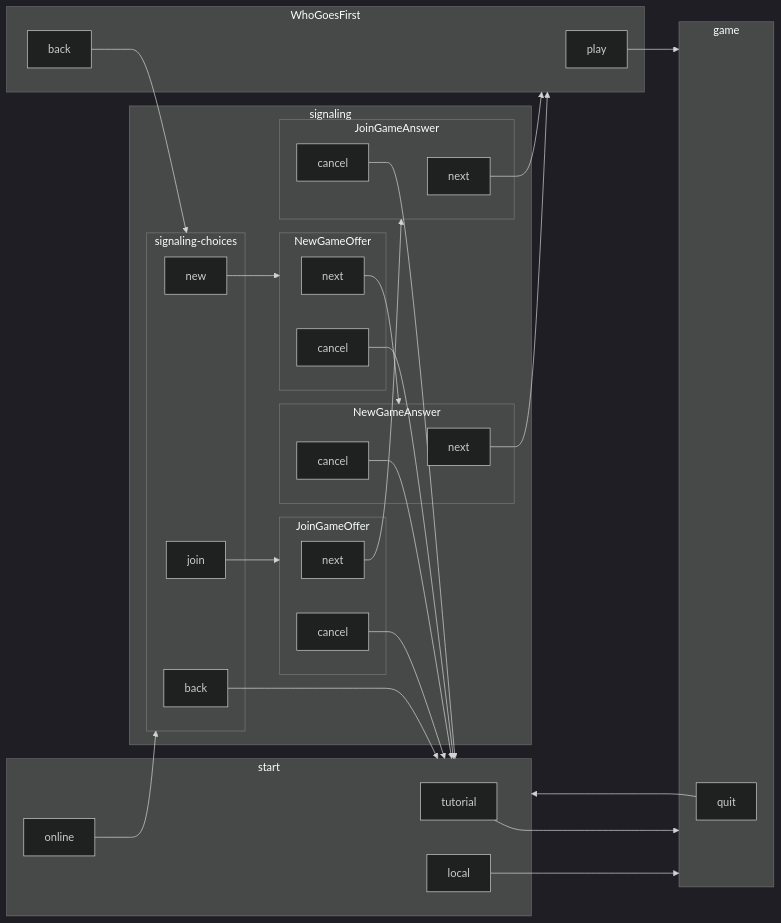
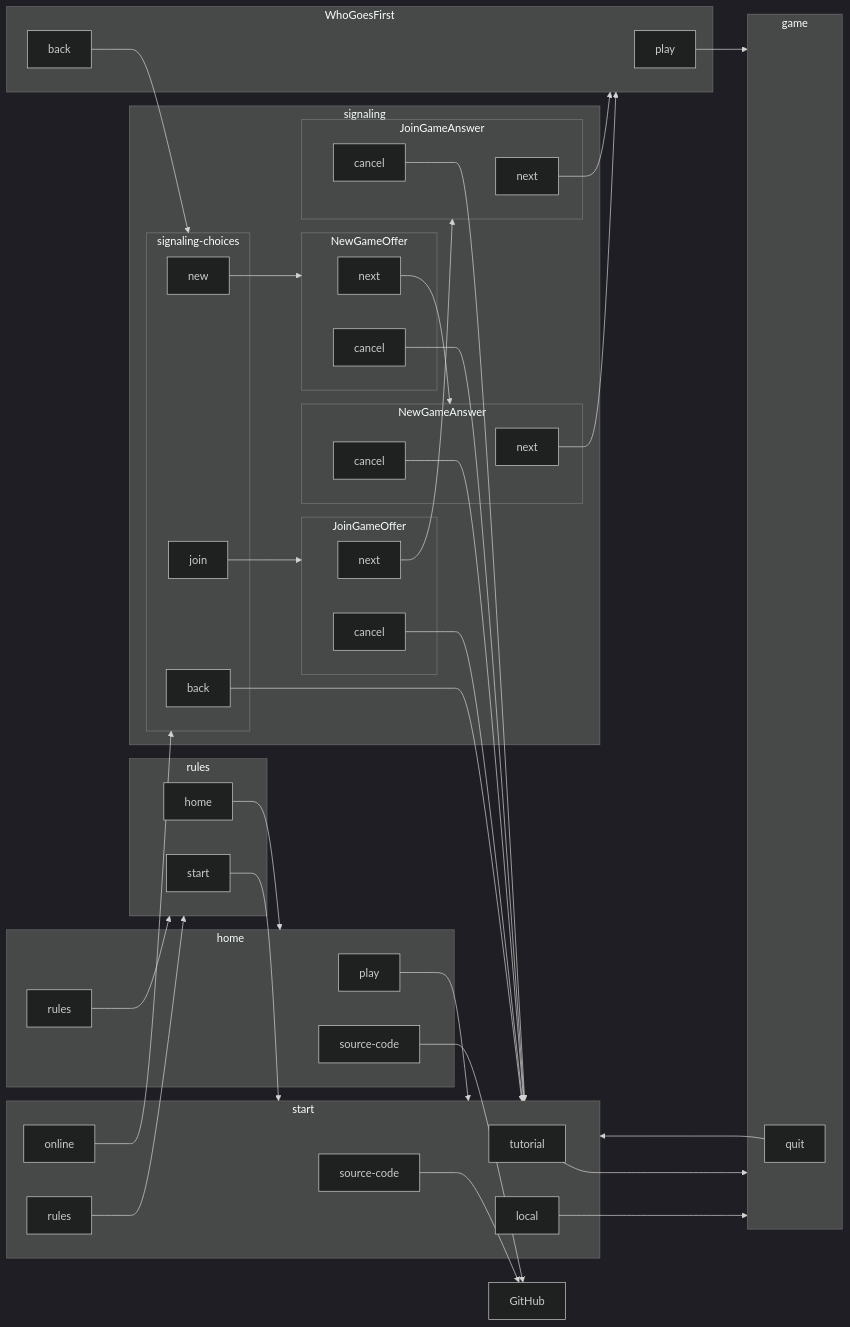
One commit to macabot/senet changed the second of 3 diagrams in README.md. Above: the diagram before and after it, drawn with Mermaid (dark theme).

Commit message:
Update pages diagram

````diff
--- a/README.md
+++ b/README.md
@@ -126,9 +126,24 @@
 ```mermaid
 graph LR
+    GitHub
+
+    subgraph home
+        home-play["play"]
+        home-rules["rules"]
+        home-sourceCode["source-code"]
+    end
+
+    subgraph rules
+        rules-home["home"]
+        rules-start["start"]
+    end
+
     subgraph start
         tutorial
         local
         online
+        start-rules["rules"]
+        start-sourceCode["source-code"]
     end
 
     subgraph signaling
@@ -164,6 +179,15 @@
         game-quit["quit"]
     end
 
+    home-play --> start
+    home-rules --> rules
+    home-sourceCode --> GitHub
+
+    rules-home --> home
+    rules-start --> start
+
+    start-rules --> rules
+    start-sourceCode --> GitHub
     online --> signaling-choices
     signaling-back --> start
     tutorial --> game
````
